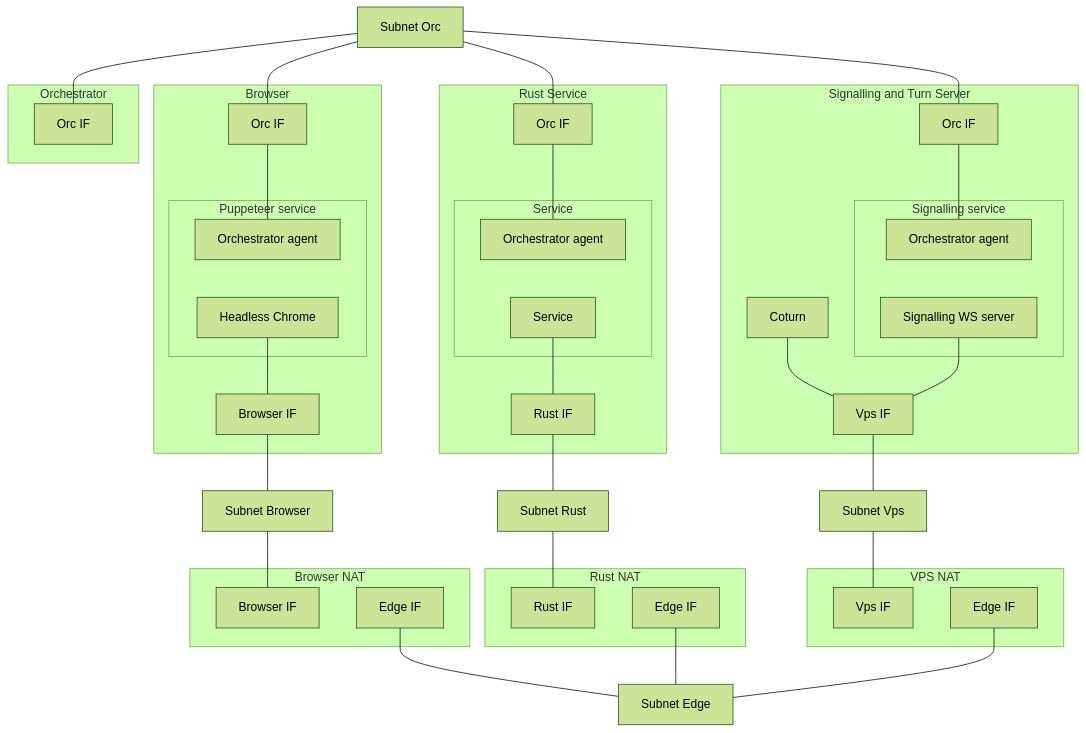
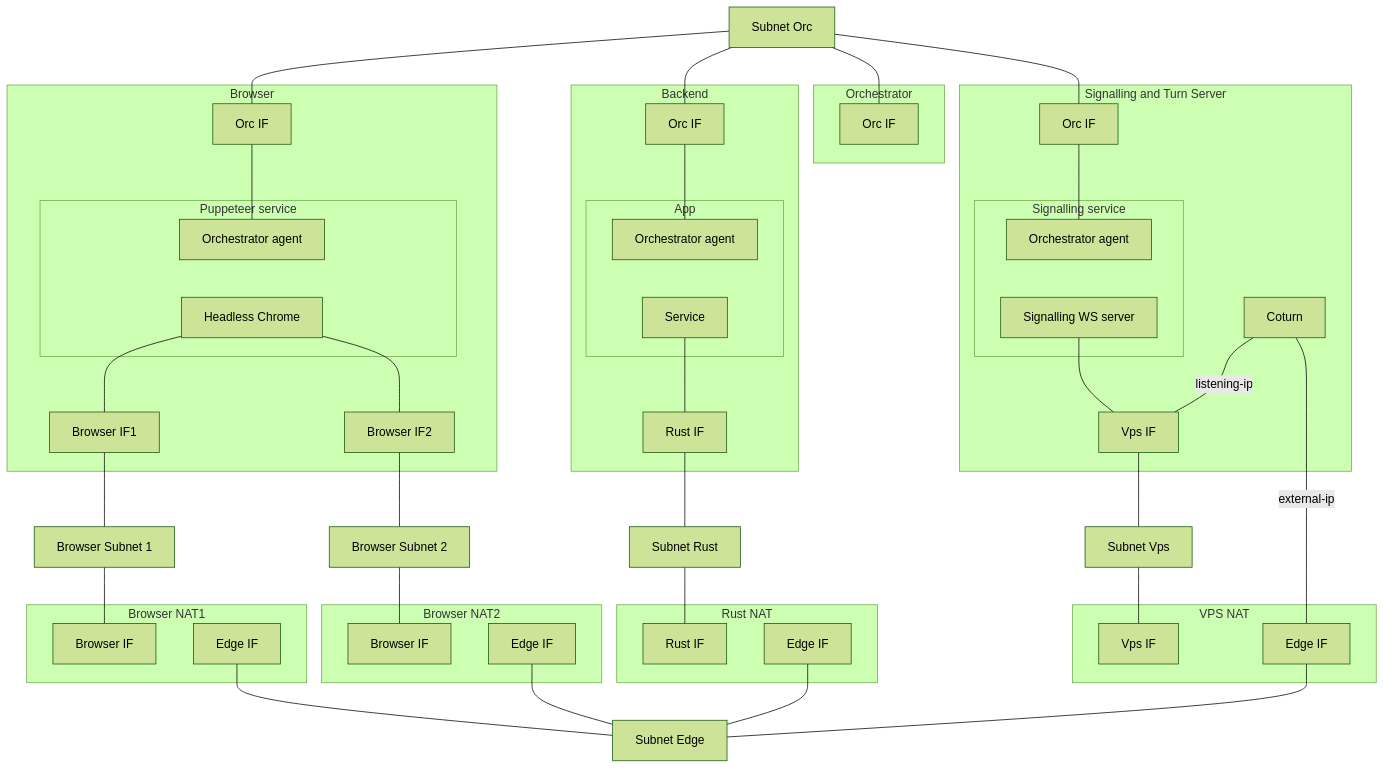
Before and after one commit to vk-swd/vamp: the diagram in test/memo.md, drawn with Mermaid (forest theme). The commit also changed other lines of this file and 18 other files, not shown here.

````diff
--- a/test/memo.md
+++ b/test/memo.md
@@ -44,26 +44,32 @@
         puppeteerOrcServer["Orchestrator agent"]
     end
     puppeteerOrcServer ~~~ puppeteerBrowser
-    ifBrowserBrowser["Browser IF"]
-    puppeteerBrowser --- ifBrowserBrowser
+    ifBrowserBrowser1["Browser IF1"]
+    ifBrowserBrowser2["Browser IF2"]
+    puppeteerBrowser --- ifBrowserBrowser1
+    puppeteerBrowser --- ifBrowserBrowser2
     ifOrcBrowser --- puppeteerOrcServer 
   end
 
-  subgraph BrowserNAT["Browser NAT"]
-    ifBrowserBrowserNat["Browser IF"]
-    ifEdgeBrowserNat["Edge IF"]
+  subgraph BrowserNAT1["Browser NAT"1]
+    ifBrowserBrowserNat1["Browser IF"]
+    ifEdgeBrowserNat1["Edge IF"]
   end
 
-  subgraph RustSvc["Rust Service"]
+  subgraph BrowserNAT2["Browser NAT"2]
+    ifBrowserBrowserNat2["Browser IF"]
+    ifEdgeBrowserNat2["Edge IF"]
+  end
+  subgraph RustSvc["Backend"]
     ifOrcRust["Orc IF"]
-    subgraph rustSvcImpl["Service"]
-        rustSvcOrcServer["Orchestrator agent"]
-        rustSvcServer["Service"]
+    subgraph backendImpl["App"]
+        backendOrcServer["Orchestrator agent"]
+        backendServer["Service"]
     end
-    rustSvcOrcServer ~~~ rustSvcServer
-    ifOrcRust --- rustSvcOrcServer
+    backendOrcServer ~~~ backendServer
+    ifOrcRust --- backendOrcServer
     ifRustRust["Rust IF"]
-    rustSvcServer --- ifRustRust
+    backendServer --- ifRustRust
   end
 
   subgraph RustNAT["Rust NAT"]
@@ -87,7 +93,7 @@
 
     ifOrcSigturn["Orc IF"]
     ifVpsSigturn["Vps IF"]
-    coturn --- ifVpsSigturn
+    coturn --- |listening-ip|ifVpsSigturn
     sigserverServer --- ifVpsSigturn
     ifOrcSigturn --- sigserverOrcServer
   end
@@ -96,7 +102,8 @@
     ifOrcOrchestrator["Orc IF"]
   end
 
-  sbntBrowserGateway["Subnet Browser"]
+  sbntBrowserGateway1["Browser Subnet 1"]
+  sbntBrowserGateway2["Browser Subnet 2"]
   sbntRustGateway["Subnet Rust"]
   sbntEdgeGateway["Subnet Edge"]
   sbntVpsGateway["Subnet Vps"]
@@ -109,19 +116,24 @@
   sbntOrcGateway --- ifOrcSigturn 
 
   %% Browser subnet
-  ifBrowserBrowser --- sbntBrowserGateway
-  sbntBrowserGateway --- ifBrowserBrowserNat
+  ifBrowserBrowser1 --- sbntBrowserGateway1
+  sbntBrowserGateway1 --- ifBrowserBrowserNat1
+
+  ifBrowserBrowser2 --- sbntBrowserGateway2
+  sbntBrowserGateway2 --- ifBrowserBrowserNat2
 
   %% Rust subnet
   ifRustRust --- sbntRustGateway
   sbntRustGateway --- ifRustRustnat 
 
   %% NAT interconnect subnet
-  ifEdgeBrowserNat --- sbntEdgeGateway
+  ifEdgeBrowserNat1 --- sbntEdgeGateway
+  ifEdgeBrowserNat2 --- sbntEdgeGateway
   ifEdgeRustnat --- sbntEdgeGateway
   ifEdgeVpsnat --- sbntEdgeGateway
 
   %% VPS subnet
+  coturn --- |external-ip|ifEdgeVpsnat
   sbntVpsGateway --- ifVpsVpsnat
   ifVpsSigturn --- sbntVpsGateway
 ```
````
